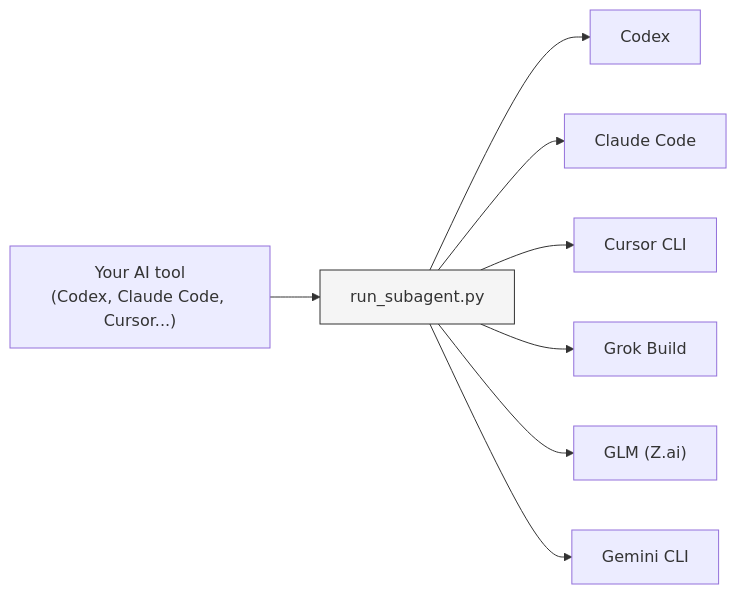
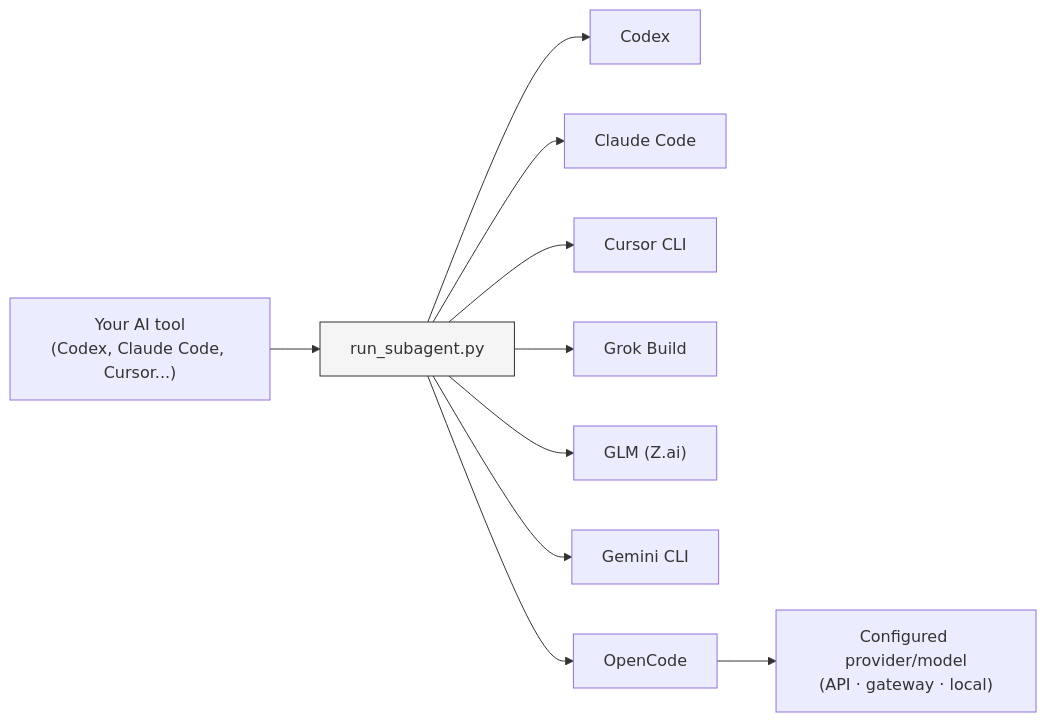
The diagram in README.md (shinpr/sub-agents-skills), drawn with Mermaid before and after one commit. The commit also changed other lines of this file and 22 other files, not shown here.

Commit message:
Add OpenCode backend support

````diff
--- a/README.md
+++ b/README.md
@@ -12,11 +12,13 @@
 ```mermaid
 graph LR
     A["Your AI tool<br/>(Codex, Claude Code, Cursor...)"] --> B["run_subagent.py"]
     B --> C["Codex"]
     B --> D["Claude Code"]
     B --> E["Cursor CLI"]
     B --> H["Grok Build"]
     B --> G["GLM (Z.ai)"]
     B --> F["Gemini CLI"]
+    B --> I["OpenCode"]
+    I --> J["Configured provider/model<br/>(API · gateway · local)"]
     style B fill:#f5f5f5,stroke:#333
 ```
````
